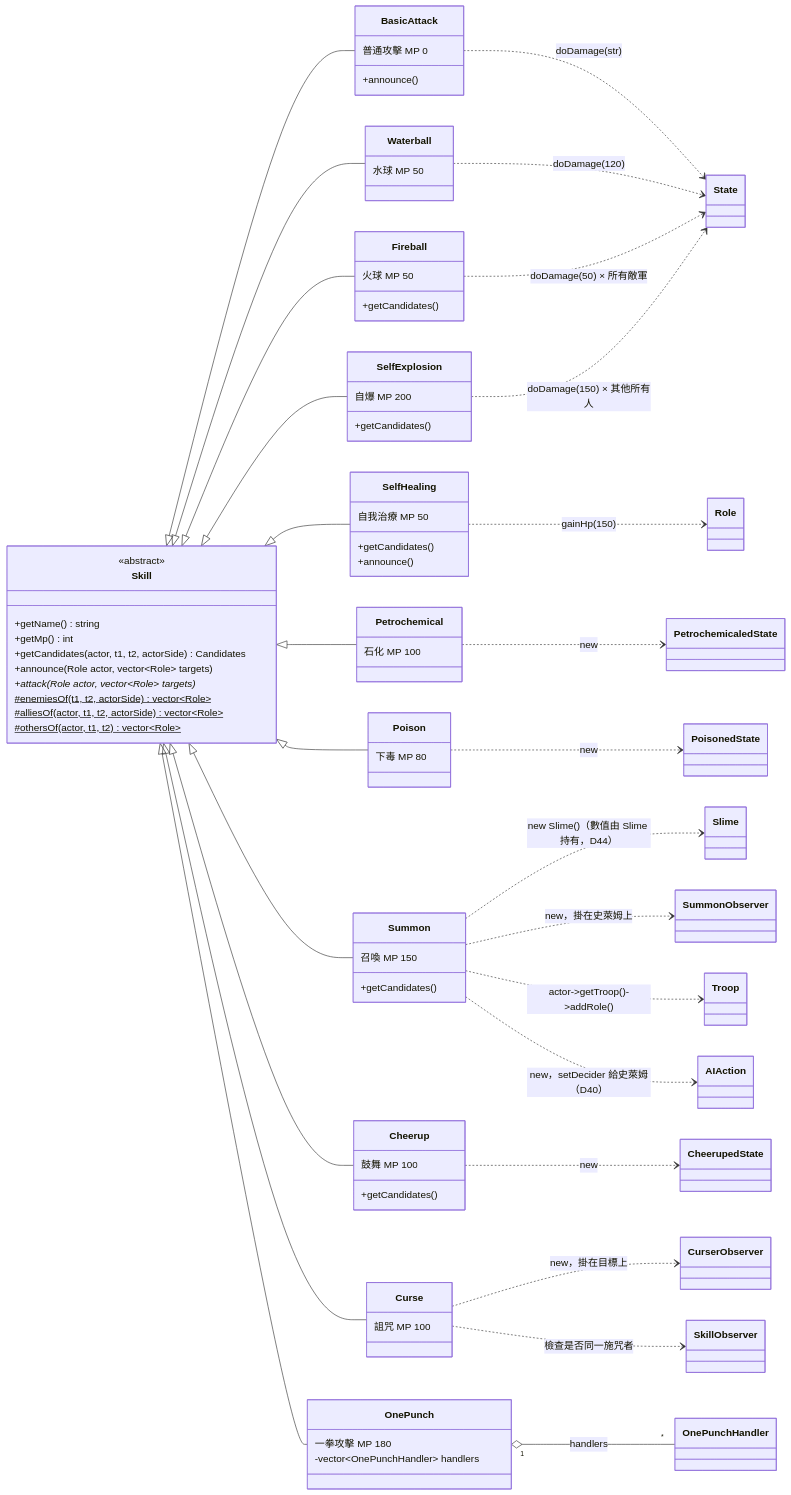
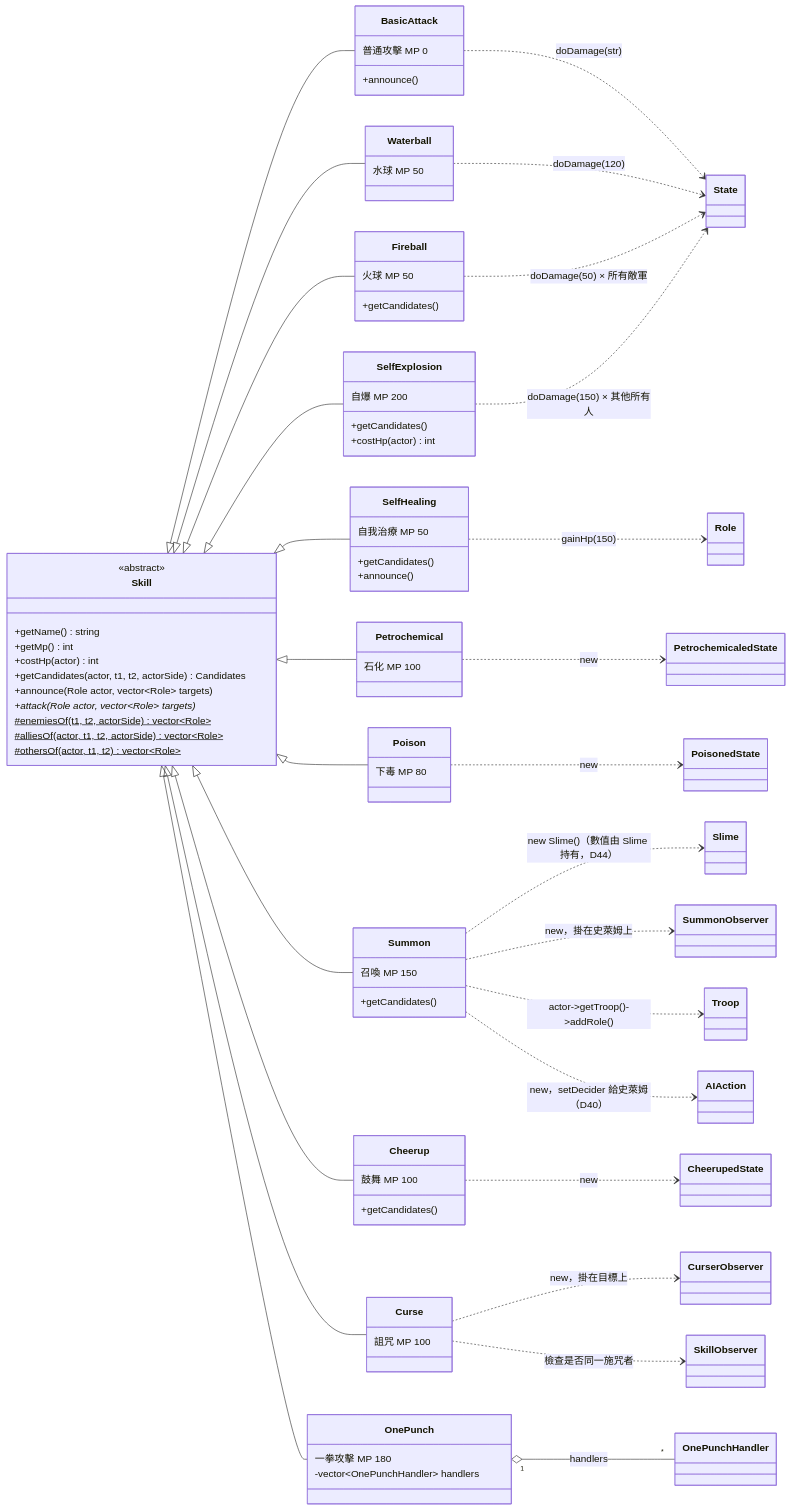
Before and after one commit to Chang-anthony/DesignPattern: the third of 14 diagrams in RPGGame/diagrams.md, drawn with Mermaid. The commit also changed other lines of this file and 2 other files, not shown here.

```diff
--- a/RPGGame/diagrams.md
+++ b/RPGGame/diagrams.md
@@ -252,6 +253,7 @@
         <<abstract>>
         +getName() string
         +getMp() int
+        +costHp(actor) int
         +getCandidates(actor, t1, t2, actorSide) Candidates
         +announce(Role actor, vector~Role~ targets)
         +attack(Role actor, vector~Role~ targets)*
@@ -288,6 +290,7 @@
     class SelfExplosion {
         自爆 MP 200
         +getCandidates()
+        +costHp(actor) int
     }
     class Cheerup {
         鼓舞 MP 100
```
